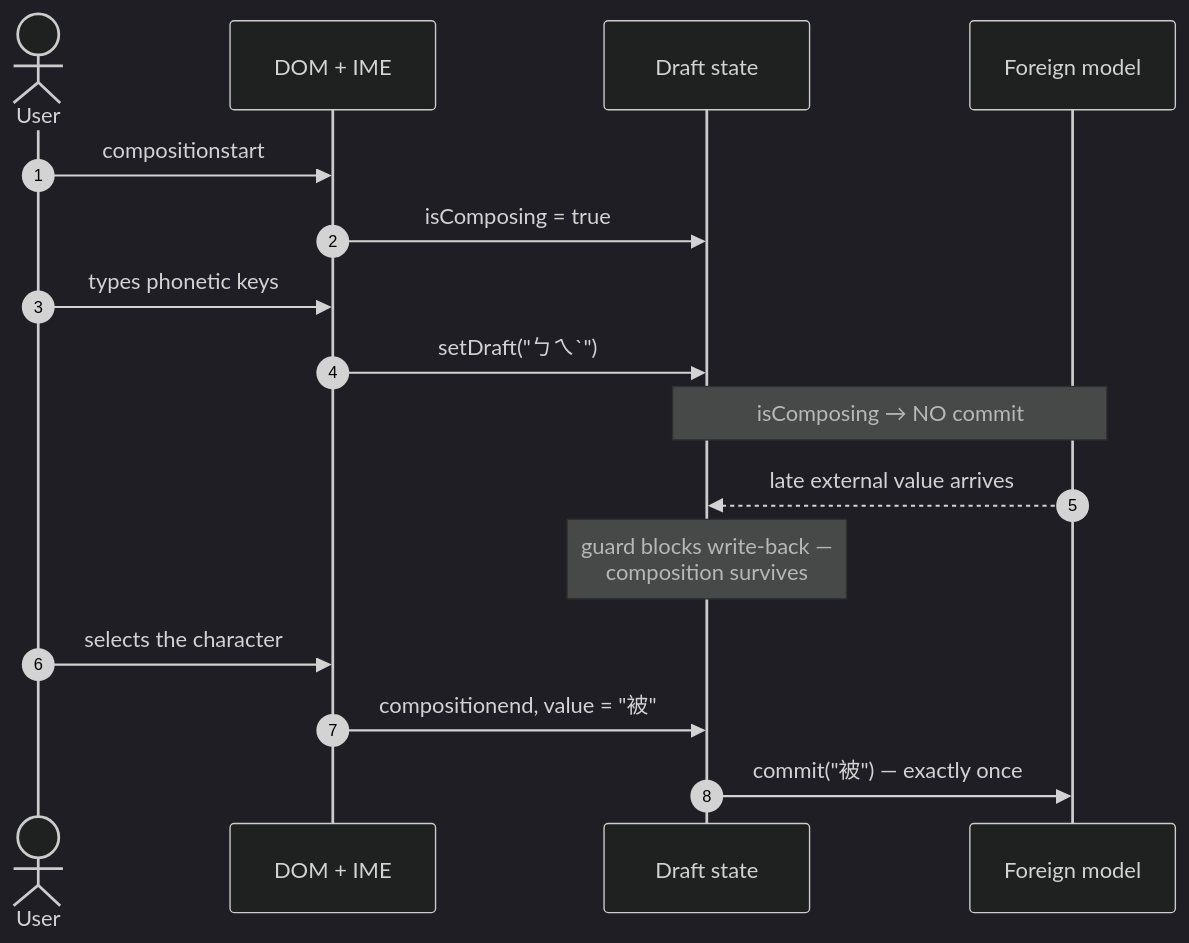
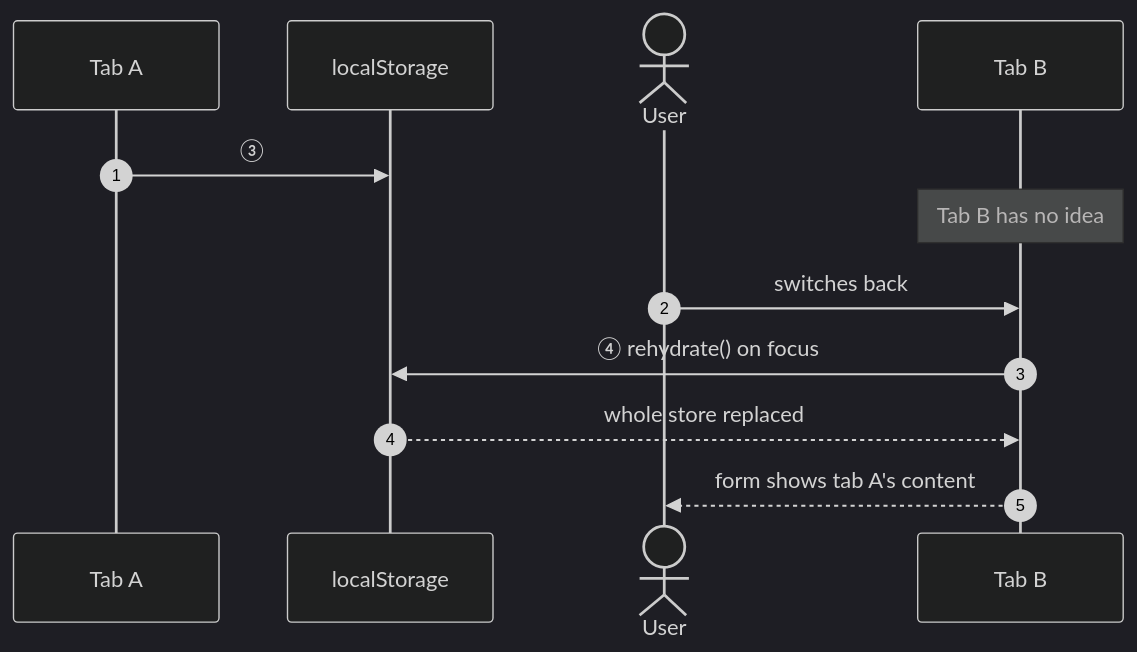
The eighth of 10 diagrams in README.md (jadecubes/multi-party-state-sync), drawn with Mermaid (dark theme) before and after one commit. The commit also changed other lines of this file, not shown here.

````diff
--- a/README.md
+++ b/README.md
@@ -285,19 +174,15 @@
 ```mermaid
 sequenceDiagram
     autonumber
+    participant A as Tab A
+    participant P as localStorage
     actor U as User
-    participant D as DOM + IME
-    participant H as Draft state
-    participant M as Foreign model
+    participant B as Tab B
 
-    U->>D: compositionstart
-    D->>H: isComposing = true
-    U->>D: types phonetic keys
-    D->>H: setDraft("ㄅㄟˋ")
-    Note over H,M: isComposing → NO commit
-    M-->>H: late external value arrives
-    Note over H: guard blocks write-back —<br/>composition survives
-    U->>D: selects the character
-    D->>H: compositionend, value = "被"
-    H->>M: commit("被") — exactly once
+    A->>P: ③
+    Note over B: Tab B has no idea
+    U->>B: switches back
+    B->>P: ④ rehydrate() on focus
+    P-->>B: whole store replaced
+    B-->>U: form shows tab A's content
 ```
````
